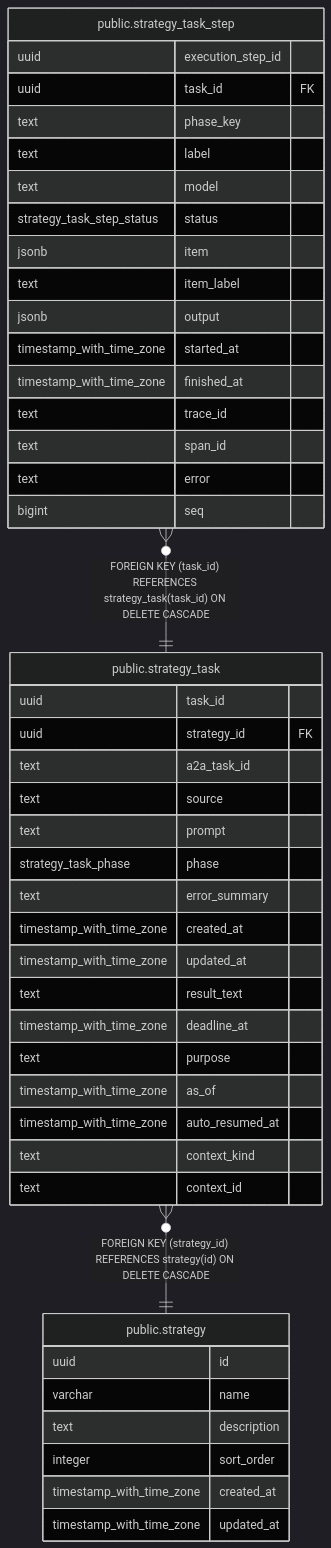
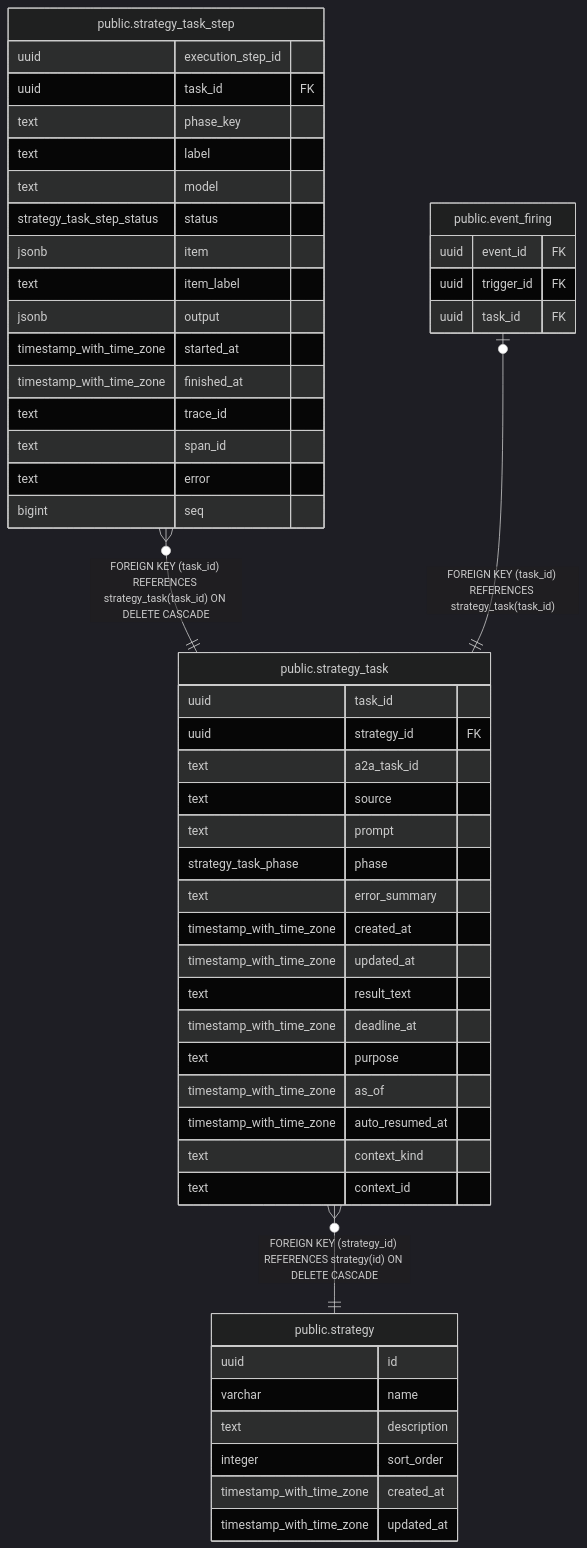
Before and after one commit to fohte/t-rader: the diagram in backend/docs/db/public.strategy_task.md, drawn with Mermaid (dark theme). The commit also changed other lines of this file and 34 other files, not shown here.

First line of the commit message:
backend/trigger: event trigger の永続化と API 設定を追加する

````diff
--- a/backend/docs/db/public.strategy_task.md
+++ b/backend/docs/db/public.strategy_task.md
@@ -47,50 +47,56 @@
 ```mermaid
 erDiagram
 
 "public.strategy_task_step" }o--|| "public.strategy_task" : "FOREIGN KEY (task_id) REFERENCES strategy_task(task_id) ON DELETE CASCADE"
+"public.event_firing" |o--|| "public.strategy_task" : "FOREIGN KEY (task_id) REFERENCES strategy_task(task_id)"
 "public.strategy_task" }o--|| "public.strategy" : "FOREIGN KEY (strategy_id) REFERENCES strategy(id) ON DELETE CASCADE"
 
 "public.strategy_task" {
   uuid task_id
   uuid strategy_id FK
   text a2a_task_id
   text source
   text prompt
   strategy_task_phase phase
   text error_summary
   timestamp_with_time_zone created_at
   timestamp_with_time_zone updated_at
   text result_text
   timestamp_with_time_zone deadline_at
   text purpose
   timestamp_with_time_zone as_of
   timestamp_with_time_zone auto_resumed_at
   text context_kind
   text context_id
 }
 "public.strategy_task_step" {
   uuid execution_step_id
   uuid task_id FK
   text phase_key
   text label
   text model
   strategy_task_step_status status
   jsonb item
   text item_label
   jsonb output
   timestamp_with_time_zone started_at
   timestamp_with_time_zone finished_at
   text trace_id
   text span_id
   text error
   bigint seq
 }
+"public.event_firing" {
+  uuid event_id FK
+  uuid trigger_id FK
+  uuid task_id FK
+}
 "public.strategy" {
   uuid id
   varchar name
   text description
   integer sort_order
   timestamp_with_time_zone created_at
   timestamp_with_time_zone updated_at
 }
 ```
````
